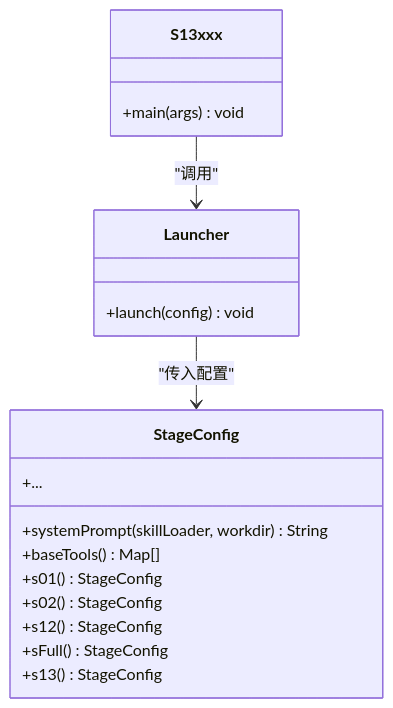
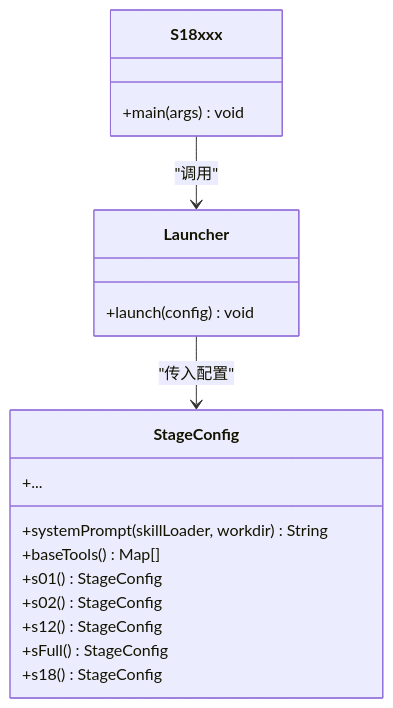
The fourth of 7 diagrams in .qoder/repowiki/zh/content/开发者指南/扩展开发/扩展开发.md (chenlds1994/learn-claude-code-java), drawn with Mermaid before and after one commit. The commit also changed other lines of this file and 143 other files, not shown here.

First line of the commit message:
更新 repowiki 与 drawio 教程图至 17 阶段结构

````diff
--- a/.qoder/repowiki/zh/content/开发者指南/扩展开发/扩展开发.md
+++ b/.qoder/repowiki/zh/content/开发者指南/扩展开发/扩展开发.md
@@ -174,21 +174,21 @@
 ```mermaid
 classDiagram
 class StageConfig {
 +systemPrompt(skillLoader, workdir) String
 +baseTools() Map[]
 +s01() StageConfig
 +s02() StageConfig
 +...
 +s12() StageConfig
 +sFull() StageConfig
-+s13() StageConfig
++s18() StageConfig
 }
-class S13xxx {
+class S18xxx {
 +main(args) void
 }
 class Launcher {
 +launch(config) void
 }
-S13xxx --> Launcher : "调用"
+S18xxx --> Launcher : "调用"
 Launcher --> StageConfig : "传入配置"
 ```
````
